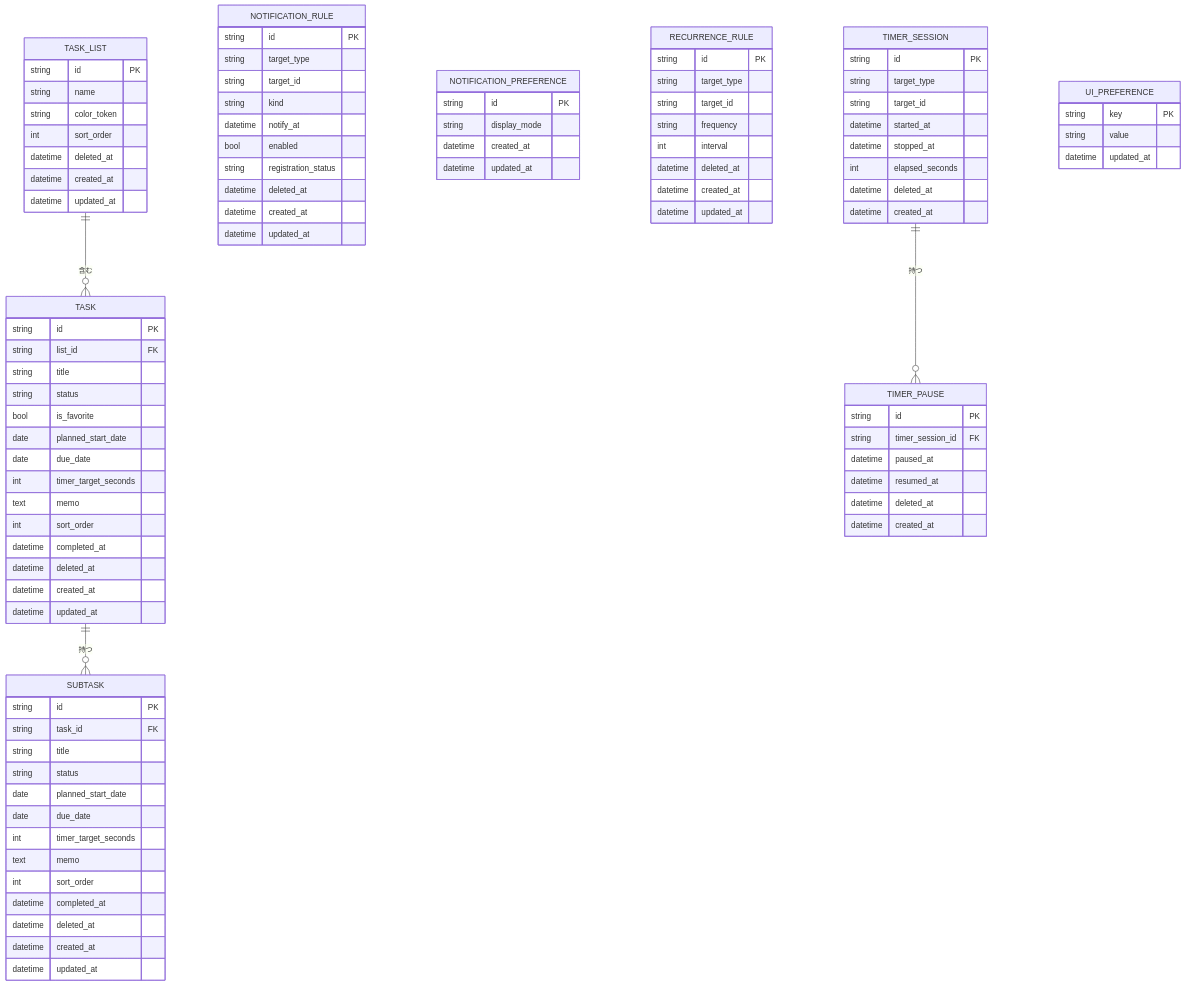
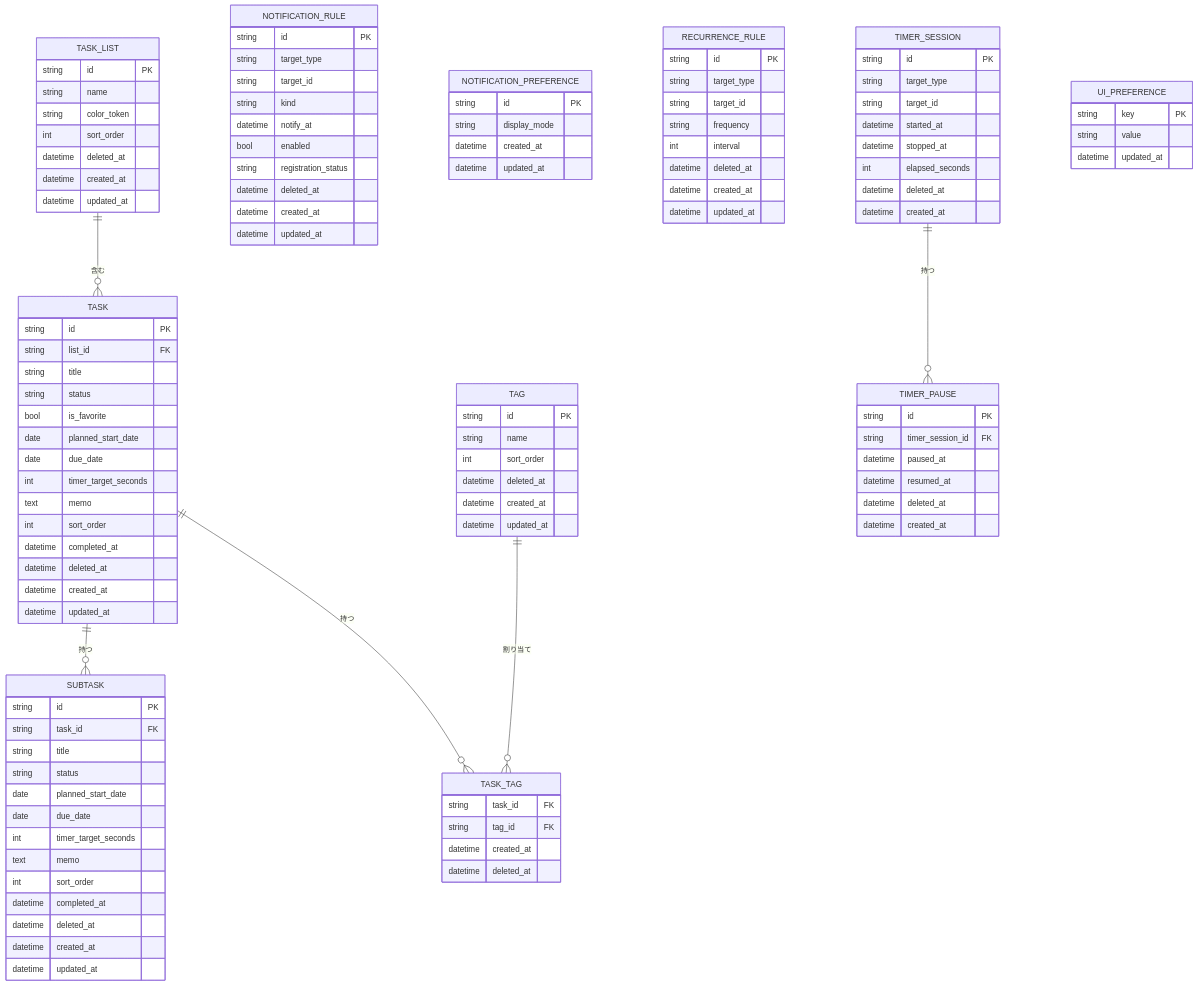
Before and after one commit to yt-hsgw/TaskTimer: the first of 2 diagrams in docs/domain-model.md, drawn with Mermaid. The commit also changed other lines of this file and 23 other files, not shown here.

````diff
--- a/docs/domain-model.md
+++ b/docs/domain-model.md
@@ -35,6 +35,22 @@
     datetime deleted_at
     datetime created_at
     datetime updated_at
+  }
+
+  TAG {
+    string id PK
+    string name
+    int sort_order
+    datetime deleted_at
+    datetime created_at
+    datetime updated_at
+  }
+
+  TASK_TAG {
+    string task_id FK
+    string tag_id FK
+    datetime created_at
+    datetime deleted_at
   }
 
   TIMER_SESSION {
@@ -105,6 +121,8 @@
   }
 
   TASK_LIST ||--o{ TASK : 含む
+  TASK ||--o{ TASK_TAG : 持つ
+  TAG ||--o{ TASK_TAG : 割り当て
   TASK ||--o{ SUBTASK : 持つ
   TIMER_SESSION ||--o{ TIMER_PAUSE : 持つ
 ```
````
